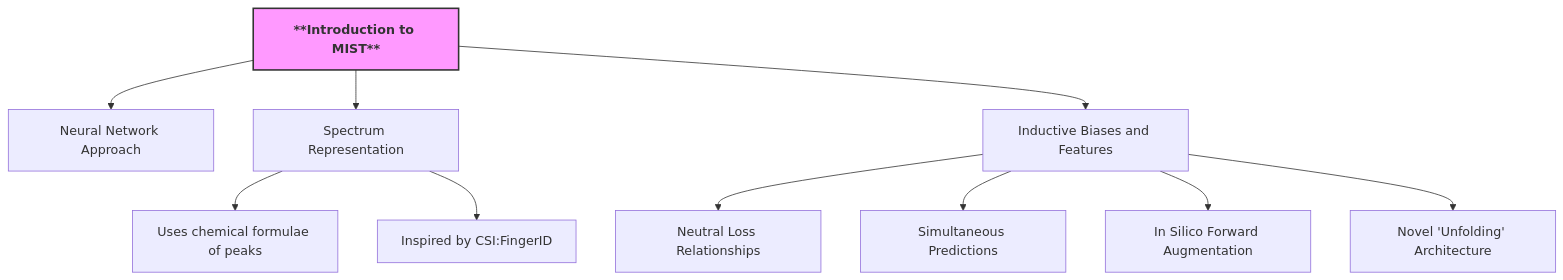
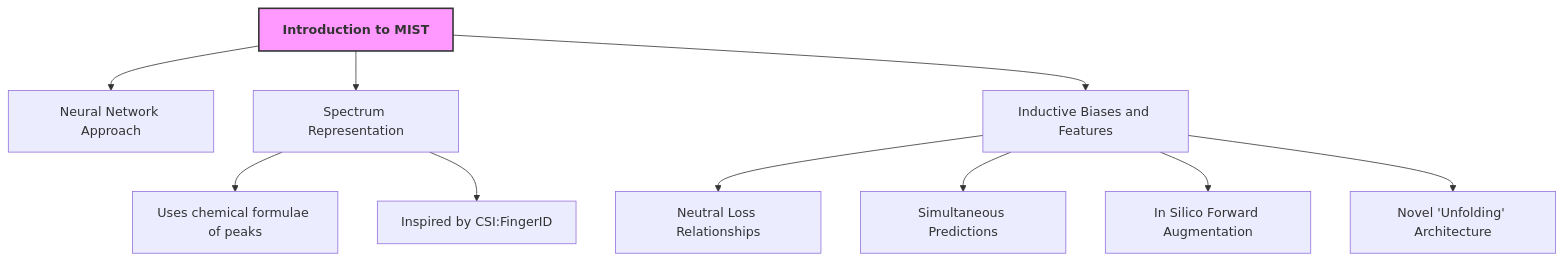
One commit to lamalab-org/toolminutes changed the second of 2 diagrams in papers/Metabolite_MS_Transformer/annotating-metabolite-mass-spectra-with-domain-inspired-chemical-formula-transformers.md. Above: the diagram before and after it, drawn with Mermaid.

Commit message:
flowchart

````diff
--- a/papers/Metabolite_MS_Transformer/annotating-metabolite-mass-spectra-with-domain-inspired-chemical-formula-transformers.md
+++ b/papers/Metabolite_MS_Transformer/annotating-metabolite-mass-spectra-with-domain-inspired-chemical-formula-transformers.md
@@ -20,15 +20,17 @@
 ```mermaid
 graph TD;
-    style Introduction_MIST fill:#f9f,stroke:#333,stroke-width:2px,text-align:center,font-weight:bold;
     
-    Introduction_MIST["**Introduction to MIST**"] --> Neural_Network_Approach["Neural Network Approach"];
+    
+    style Introduction_MIST fill:#f9f,stroke:#333,stroke-width:2px;
+  
+  Introduction_MIST["<strong>Introduction to MIST</strong>"] --> Neural_Network_Approach["Neural Network Approach"];
     Introduction_MIST --> Spectrum_Representation["Spectrum Representation"];
     Introduction_MIST --> Inductive_Biases_and_Features["Inductive Biases and Features"];
     Inductive_Biases_and_Features --> Neutral_Loss_Relationships["Neutral Loss Relationships"];
     Inductive_Biases_and_Features --> Simultaneous_Predictions["Simultaneous Predictions"];
     Inductive_Biases_and_Features --> In_Silico_Forward_Augmentation["In Silico Forward Augmentation"];
     Inductive_Biases_and_Features --> Novel_Unfolding_Architecture["Novel 'Unfolding' Architecture"];
     Spectrum_Representation --> Chemical_Formulae_of_Peaks["Uses chemical formulae of peaks"];
     Spectrum_Representation --> Inspired_by_CSI_FingerID["Inspired by CSI:FingerID"];
 
 ```
````
